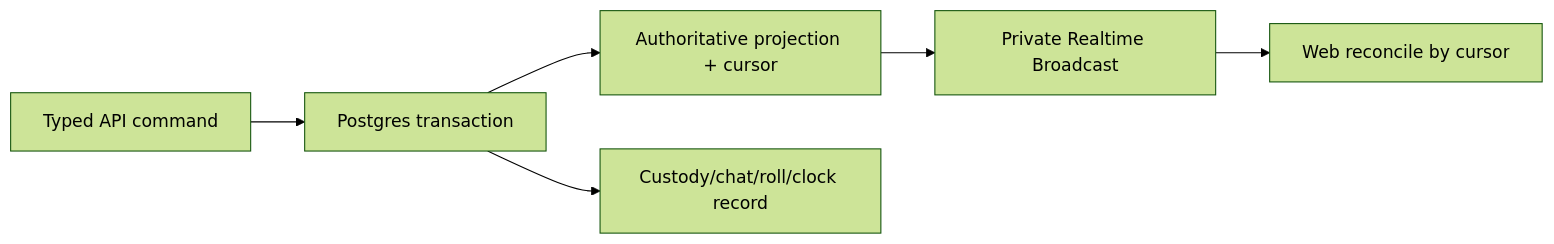
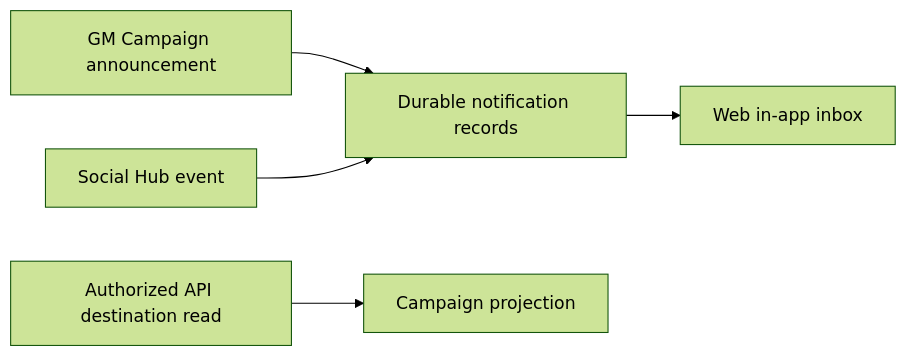
One commit to MPiland/artificer-toolkit changed the first of 2 diagrams in docs/roadmap/05-live-campaign-play.md. Above: the diagram before and after it, drawn with Mermaid (forest theme). The commit also changed other lines of this file and 317 other files, not shown here.

````diff
--- a/docs/roadmap/05-live-campaign-play.md
+++ b/docs/roadmap/05-live-campaign-play.md
@@ -67,8 +45,7 @@
 ```mermaid
 flowchart LR
-  Command["Typed API command"] --> Tx["Postgres transaction"]
-  Tx --> Projection["Authoritative projection + cursor"]
-  Tx --> Audit["Custody/chat/roll/clock record"]
-  Projection --> Broadcast["Private Realtime Broadcast"]
-  Broadcast --> Web["Web reconcile by cursor"]
+  Announcement["GM Campaign announcement"] --> Notifications["Durable notification records"]
+  Social["Social Hub event"] --> Notifications
+  Notifications --> Inbox["Web in-app inbox"]
+  NotificationRead["Authorized API destination read"] --> Campaign["Campaign projection"]
 ```
````
